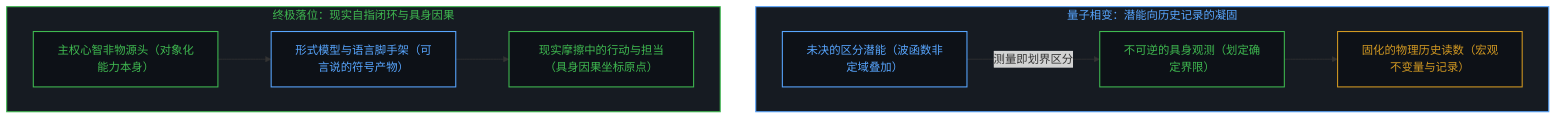
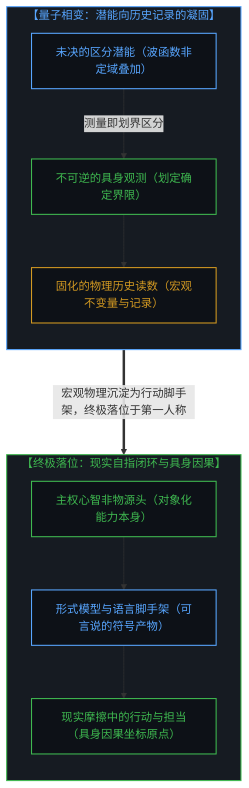
The ninth of 10 diagrams in content/posts/all-that-can-be-spoken-is-the-product-of-the-unspeakable.md (powerpig99/not-a-toe), drawn with Mermaid before and after one commit. The commit also changed other lines of this file and 1 other file, not shown here.

Commit message:
Convert Post #333 Mermaid diagrams to strictly vertical mobile-friendly top-down flow and add audit invariant

````diff
--- a/content/posts/all-that-can-be-spoken-is-the-product-of-the-unspeakable.md
+++ b/content/posts/all-that-can-be-spoken-is-the-product-of-the-unspeakable.md
@@ -289,25 +321,29 @@
 ```mermaid
 graph TD
     classDef default fill:#0d1117,stroke:#30363d,stroke-width:1px,color:#f0f6fc;
     classDef mind fill:#0d1117,stroke:#3fb950,stroke-width:1.5px,color:#3fb950;
     classDef failure fill:#0d1117,stroke:#f85149,stroke-width:1.5px,color:#f85149;
     classDef scaffold fill:#0d1117,stroke:#d29922,stroke-width:1.5px,color:#d29922;
     classDef model fill:#0d1117,stroke:#58a6ff,stroke-width:1.5px,color:#58a6ff;
 
-    subgraph S_QuantumPhase ["量子相变：潜能向历史记录的凝固"]
+    subgraph S_QuantumPhase ["【量子相变：潜能向历史记录的凝固】"]
+        direction TB
         Q1["未决的区分潜能（波函数非定域叠加）"]:::model
         Q2["不可逆的具身观测（划定确定界限）"]:::mind
         Q3["固化的物理历史读数（宏观不变量与记录）"]:::scaffold
         Q1 -->|"测量即划界区分"| Q2 --> Q3
     end
 
-    subgraph S_EmbodiedCausality ["终极落位：现实自指闭环与具身因果"]
+    subgraph S_EmbodiedCausality ["【终极落位：现实自指闭环与具身因果】"]
+        direction TB
         C1["主权心智非物源头（对象化能力本身）"]:::mind
         C2["形式模型与语言脚手架（可言说的符号产物）"]:::model
         C3["现实摩擦中的行动与担当（具身因果坐标原点）"]:::mind
         C1 --> C2 --> C3
     end
 
+    Q3 ===>|"宏观物理沉淀为行动脚手架，终极落位于第一人称"| C1
+
     style S_QuantumPhase fill:#161b22,stroke:#58a6ff,stroke-width:1.5px,color:#58a6ff
     style S_EmbodiedCausality fill:#161b22,stroke:#3fb950,stroke-width:1.5px,color:#3fb950
 ```
````
